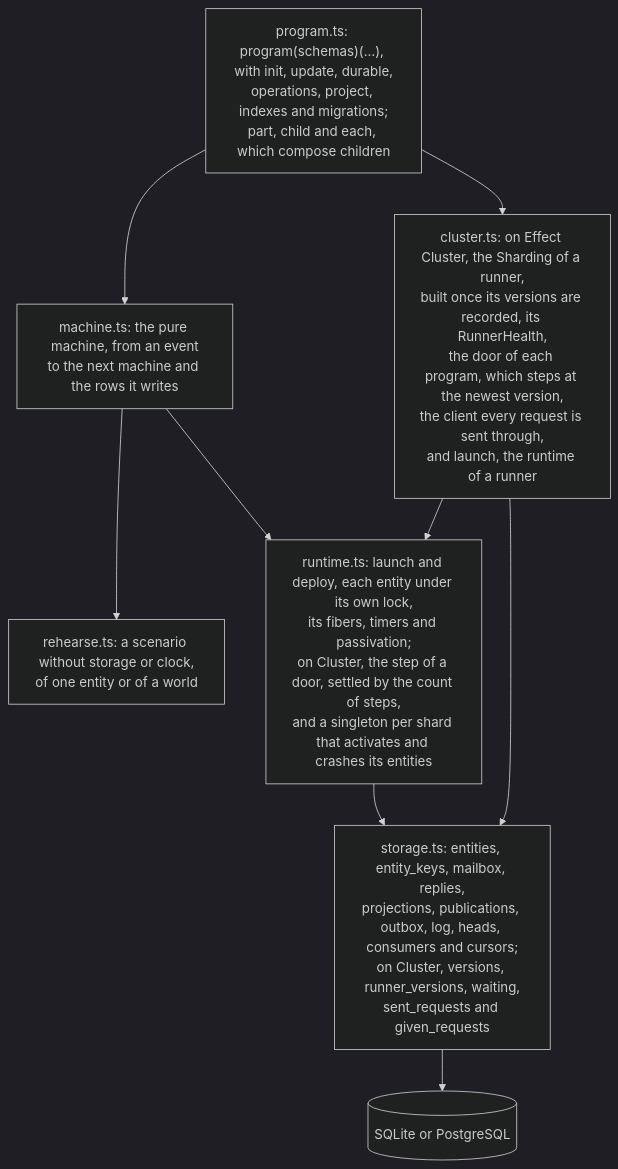
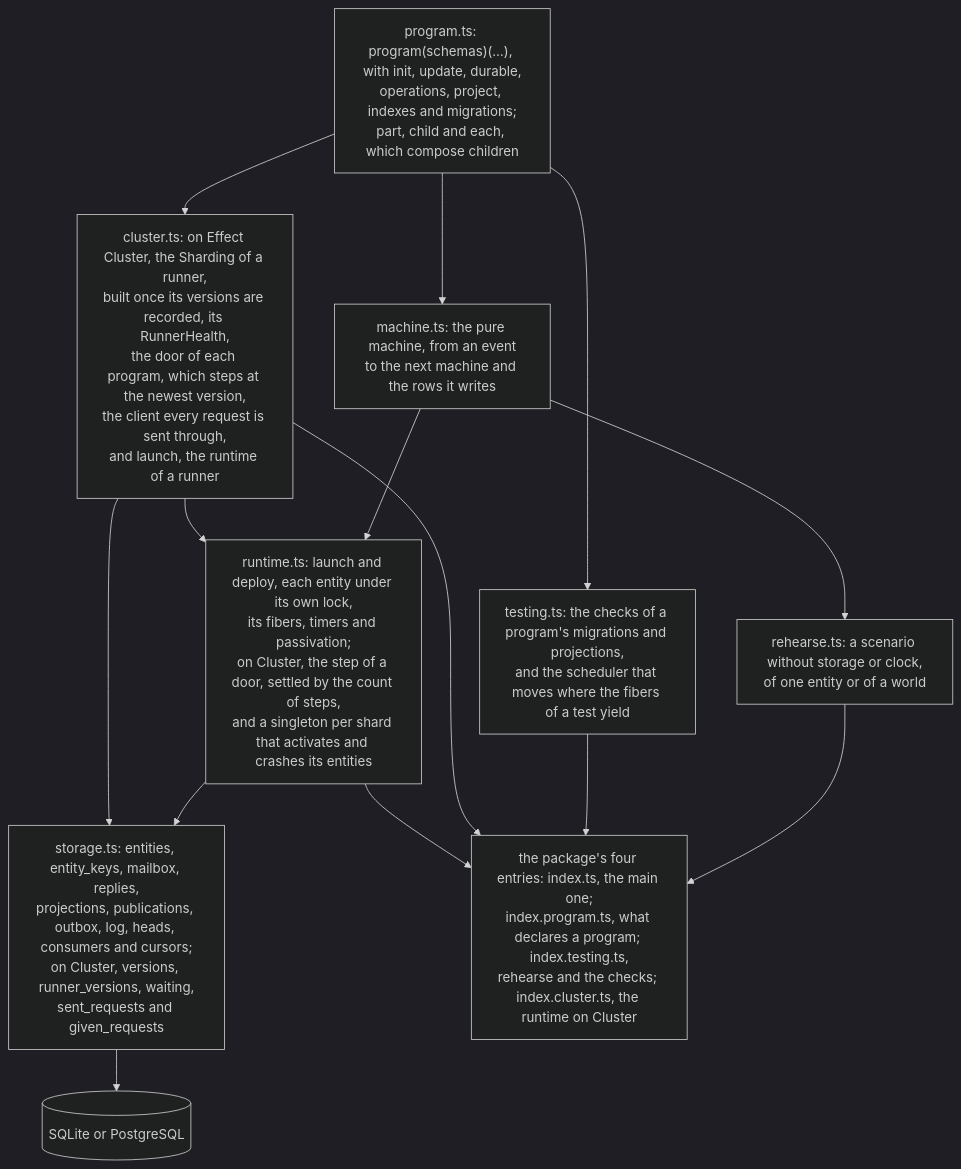
Before and after one commit to fgaudo/effect-tea-durable: the second of 2 diagrams in README.md, drawn with Mermaid (dark theme). The commit also changed 8 other files, not shown here.

````diff
--- a/README.md
+++ b/README.md
@@ -95,19 +95,26 @@
 ```mermaid
 flowchart TB
   program["program.ts: program(schemas)(…), with init, update, durable,<br/>operations, project, indexes and migrations;<br/>part, child and each, which compose children"]
   machine["machine.ts: the pure machine, from an event<br/>to the next machine and the rows it writes"]
   rehearse["rehearse.ts: a scenario without storage or clock,<br/>of one entity or of a world"]
+  testing["testing.ts: the checks of a program's migrations and projections,<br/>and the scheduler that moves where the fibers of a test yield"]
   runtime["runtime.ts: launch and deploy, each entity under its own lock,<br/>its fibers, timers and passivation;<br/>on Cluster, the step of a door, settled by the count of steps,<br/>and a singleton per shard that activates and crashes its entities"]
   cluster["cluster.ts: on Effect Cluster, the Sharding of a runner,<br/>built once its versions are recorded, its RunnerHealth,<br/>the door of each program, which steps at the newest version,<br/>the client every request is sent through,<br/>and launch, the runtime of a runner"]
   storage["storage.ts: entities, entity_keys, mailbox, replies,<br/>projections, publications, outbox, log, heads, consumers and cursors;<br/>on Cluster, versions, runner_versions, waiting,<br/>sent_requests and given_requests"]
   db[(SQLite or PostgreSQL)]
+  entries["the package's four entries: index.ts, the main one;<br/>index.program.ts, what declares a program; index.testing.ts,<br/>rehearse and the checks; index.cluster.ts, the runtime on Cluster"]
 
   program --> machine
   machine --> rehearse
+  program --> testing
   machine --> runtime
   program --> cluster
   runtime --> storage
   cluster --> runtime
   cluster --> storage
   storage --> db
+  rehearse --> entries
+  testing --> entries
+  cluster --> entries
+  runtime --> entries
 ```
````
